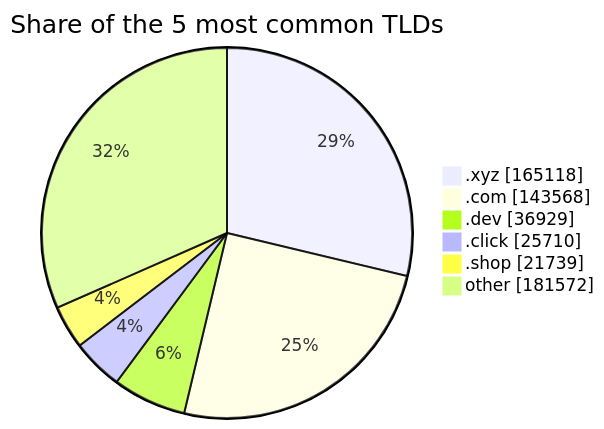
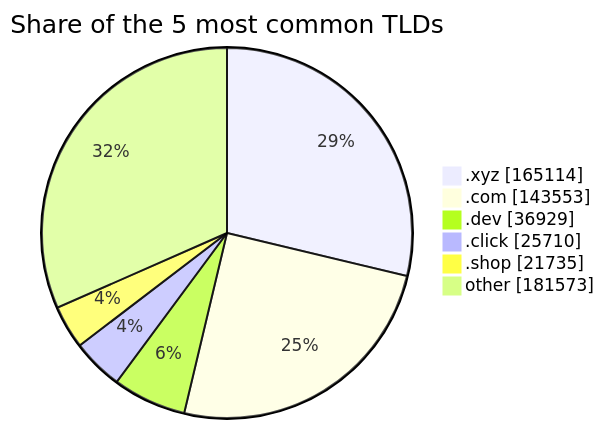
Before and after one commit to DNSBunker/CTI: the third of 3 diagrams in README.md, drawn with Mermaid. The commit also changed other lines of this file and 3 other files, not shown here.

````diff
--- a/README.md
+++ b/README.md
@@ -81,9 +81,9 @@
 ```mermaid
 pie showData title Share of the 5 most common TLDs
-    ".xyz" : 165118
-    ".com" : 143568
+    ".xyz" : 165114
+    ".com" : 143553
     ".dev" : 36929
     ".click" : 25710
-    ".shop" : 21739
-    "other" : 181572
+    ".shop" : 21735
+    "other" : 181573
 ```
````
